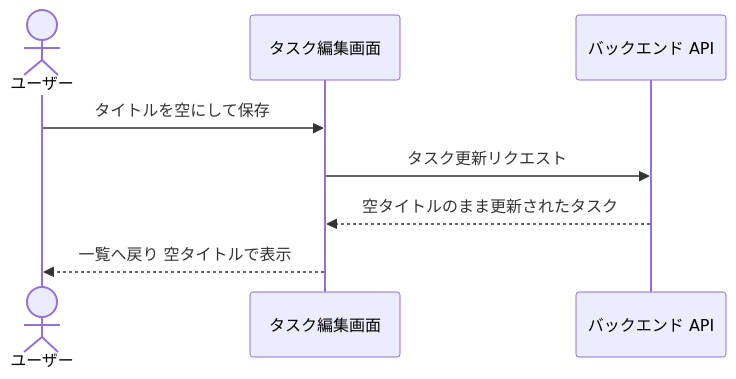
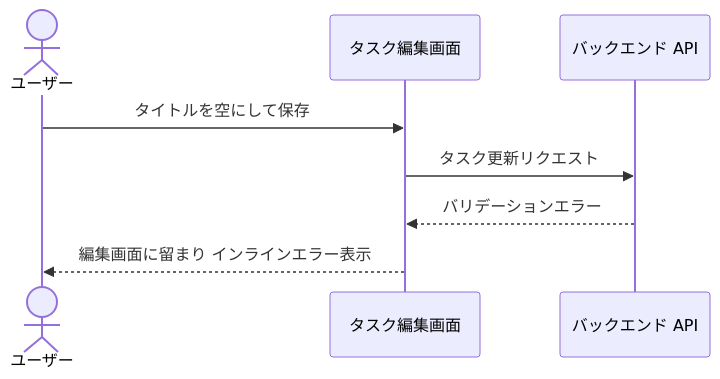
The second of 2 diagrams in docs/wiki/設計図/シナリオ/単一ユースケース/タスク編集.md (shuhei1101/ai-monitor-e2e), drawn with Mermaid before and after one commit. The commit also changed other lines of this file, not shown here.

````diff
--- a/docs/wiki/設計図/シナリオ/単一ユースケース/タスク編集.md
+++ b/docs/wiki/設計図/シナリオ/単一ユースケース/タスク編集.md
@@ -47,11 +47,11 @@
 ```mermaid
 sequenceDiagram
   actor U as ユーザー
   participant FE as タスク編集画面
   participant BE as バックエンド API
 
   U->>FE: タイトルを空にして保存
   FE->>BE: タスク更新リクエスト
-  BE-->>FE: 空タイトルのまま更新されたタスク
-  FE-->>U: 一覧へ戻り 空タイトルで表示
+  BE-->>FE: バリデーションエラー
+  FE-->>U: 編集画面に留まり インラインエラー表示
 ```
````
